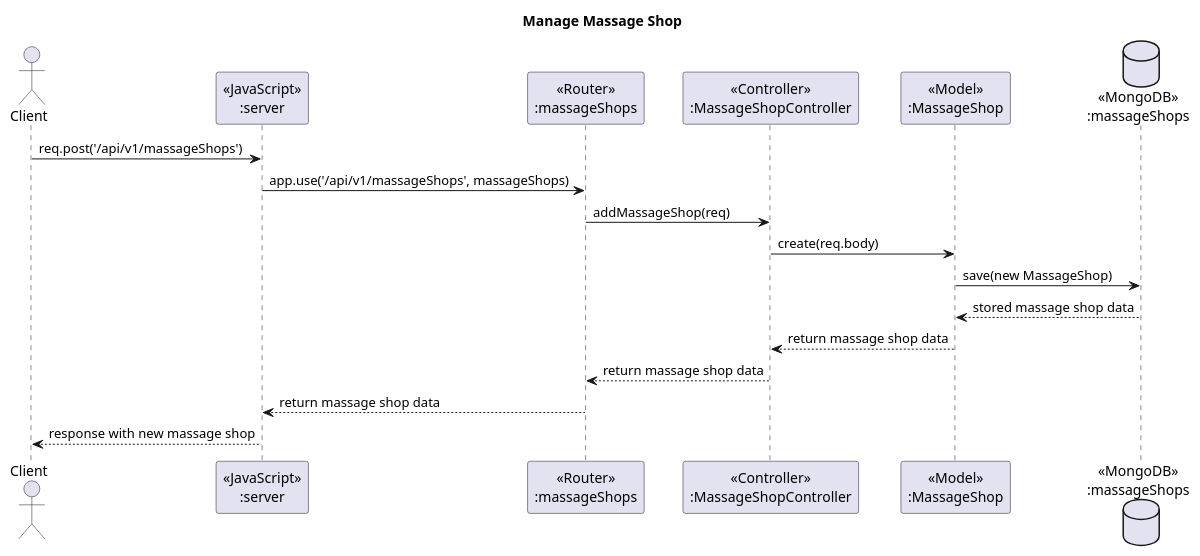
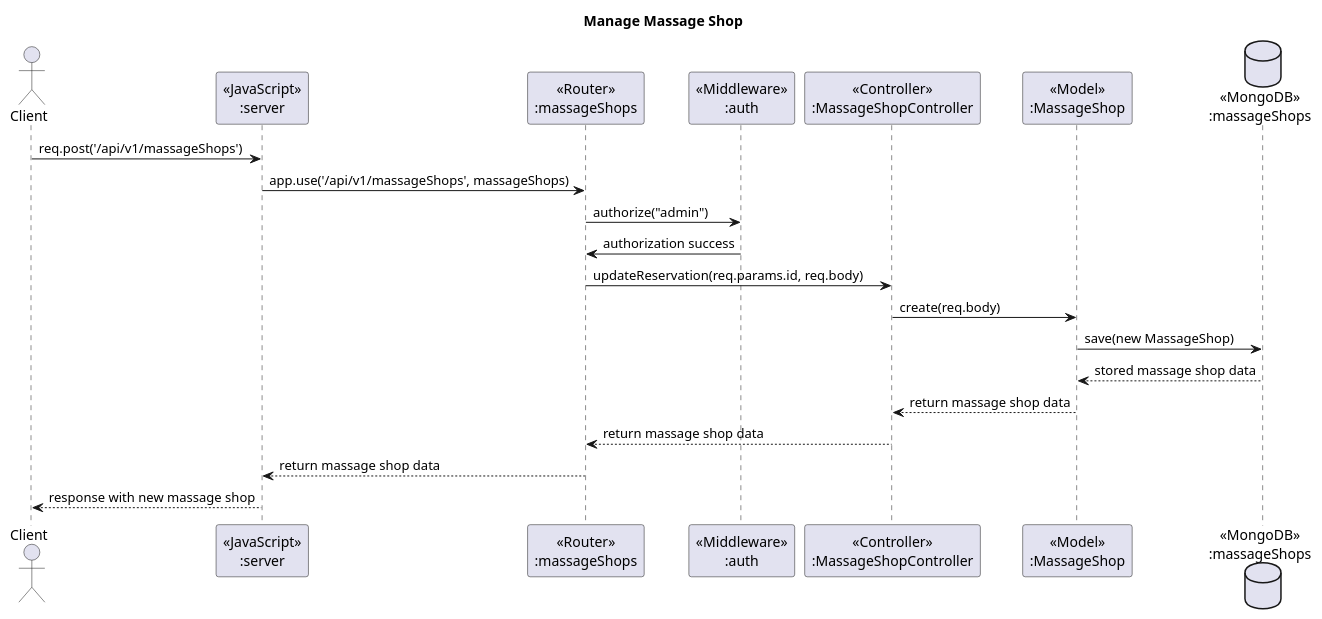
The diagram in diagram/Managing Massage Shops and Reservations.puml (2110503-2564/se-project-backend-11_bidbid-official), drawn with PlantUML before and after one commit. The commit also changed 14 other files, not shown here.

Commit message:
add diagram and edit populate in getAllMassageShop

```diff
--- a/diagram/Managing Massage Shops and Reservations.puml
+++ b/diagram/Managing Massage Shops and Reservations.puml
@@ -1,22 +1,25 @@
 @startuml
 title Manage Massage Shop
 
 actor Client
 participant "«JavaScript»\n:server" as Server
 participant "«Router»\n:massageShops" as Router
+participant "«Middleware»\n:auth" as Middleware
 participant "«Controller»\n:MassageShopController" as Controller
 participant "«Model»\n:MassageShop" as Model
 database "«MongoDB»\n:massageShops" as DB
 
 Client -> Server : req.post('/api/v1/massageShops')
 Server -> Router : app.use('/api/v1/massageShops', massageShops)
-Router -> Controller : addMassageShop(req)
+Router -> Middleware: authorize("admin")
+Middleware -> Router: authorization success
+Router -> Controller: updateReservation(req.params.id, req.body)
 Controller -> Model : create(req.body)
 Model -> DB : save(new MassageShop)
 DB --> Model : stored massage shop data
 Model --> Controller : return massage shop data
 Controller --> Router : return massage shop data
 Router --> Server : return massage shop data
 Server --> Client : response with new massage shop
 
 @enduml
```
